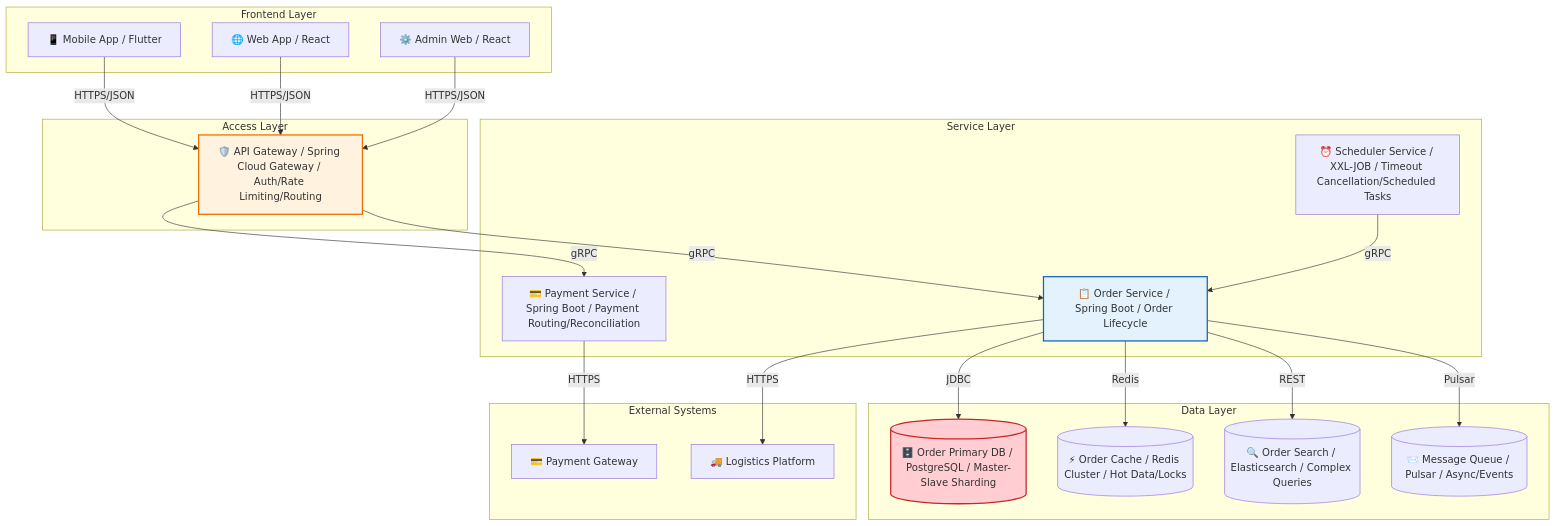
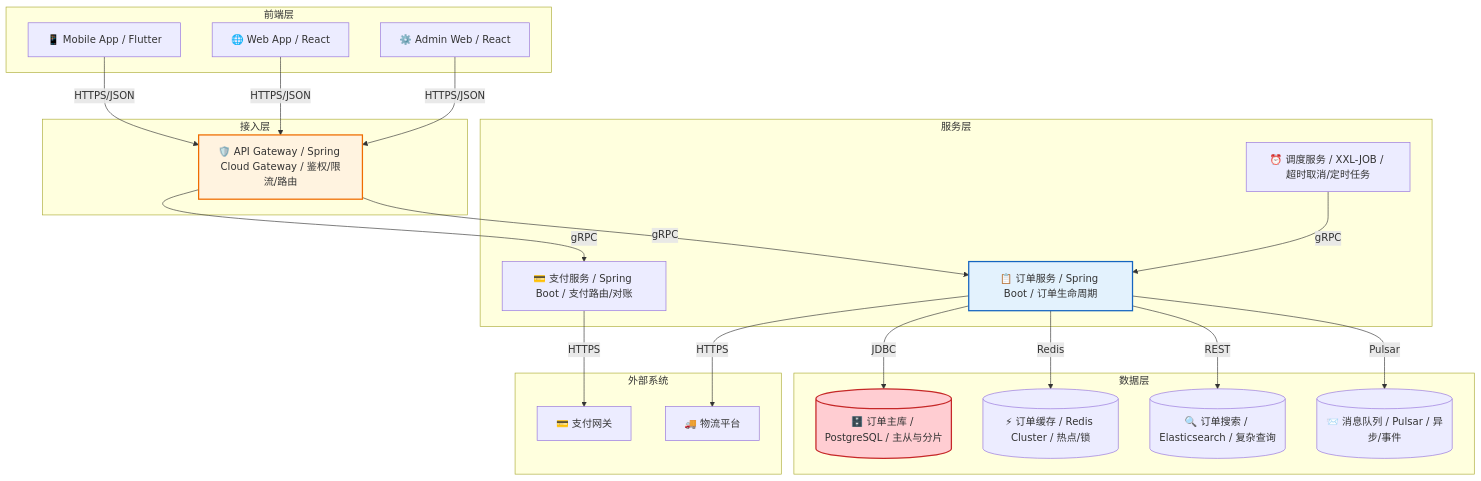
One commit to Kirky-X/cangjie changed the fifth of 15 diagrams in templates/Product/Technology/Template-Architecture.md. Above: the diagram before and after it, drawn with Mermaid. The commit also changed other lines of this file and 33 other files, not shown here.

````diff
--- a/templates/Product/Technology/Template-Architecture.md
+++ b/templates/Product/Technology/Template-Architecture.md
@@ -235,47 +235,47 @@
 ```mermaid
 graph TB
-    subgraph Frontend Layer
+    subgraph 前端层
         F1[📱 Mobile App / Flutter]
         F2[🌐 Web App / React]
         F3[⚙️ Admin Web / React]
     end
 
-    subgraph Access Layer
-        G1[🛡️ API Gateway / Spring Cloud Gateway / Auth/Rate Limiting/Routing]
+    subgraph 接入层
+        G1[🛡️ API Gateway / Spring Cloud Gateway / 鉴权/限流/路由]
     end
 
-    subgraph Service Layer
-        S1[📋 Order Service / Spring Boot / Order Lifecycle]
-        S2[💳 Payment Service / Spring Boot / Payment Routing/Reconciliation]
-        S3[⏰ Scheduler Service / XXL-JOB / Timeout Cancellation/Scheduled Tasks]
+    subgraph 服务层
+        S1[📋 订单服务 / Spring Boot / 订单生命周期]
+        S2[💳 支付服务 / Spring Boot / 支付路由/对账]
+        S3[⏰ 调度服务 / XXL-JOB / 超时取消/定时任务]
     end
 
-    subgraph Data Layer
-        D1[(🗄️ Order Primary DB / PostgreSQL / Master-Slave Sharding)]
-        D2[(⚡ Order Cache / Redis Cluster / Hot Data/Locks)]
-        D3[(🔍 Order Search / Elasticsearch / Complex Queries)]
-        D4[(📨 Message Queue / Pulsar / Async/Events)]
+    subgraph 数据层
+        D1[(🗄️ 订单主库 / PostgreSQL / 主从与分片)]
+        D2[(⚡ 订单缓存 / Redis Cluster / 热点/锁)]
+        D3[(🔍 订单搜索 / Elasticsearch / 复杂查询)]
+        D4[(📨 消息队列 / Pulsar / 异步/事件)]
     end
 
-    subgraph External Systems
-        E1[💳 Payment Gateway]
-        E2[🚚 Logistics Platform]
+    subgraph 外部系统
+        E1[💳 支付网关]
+        E2[🚚 物流平台]
     end
 
     F1 --> |HTTPS/JSON| G1
     F2 --> |HTTPS/JSON| G1
     F3 --> |HTTPS/JSON| G1
     G1 -->|gRPC| S1
     G1 -->|gRPC| S2
     S1 -->|JDBC| D1
     S1 -->|Redis| D2
     S1 -->|REST| D3
     S1 -->|Pulsar| D4
     S2 -->|HTTPS| E1
     S1 -->|HTTPS| E2
     S3 -->|gRPC| S1
 
     style G1 fill:#fff3e0,stroke:#ef6c00,stroke-width:2px
     style S1 fill:#e3f2fd,stroke:#1565c0,stroke-width:2px
     style D1 fill:#ffcdd2,stroke:#c62828,stroke-width:2px
 ```
````
